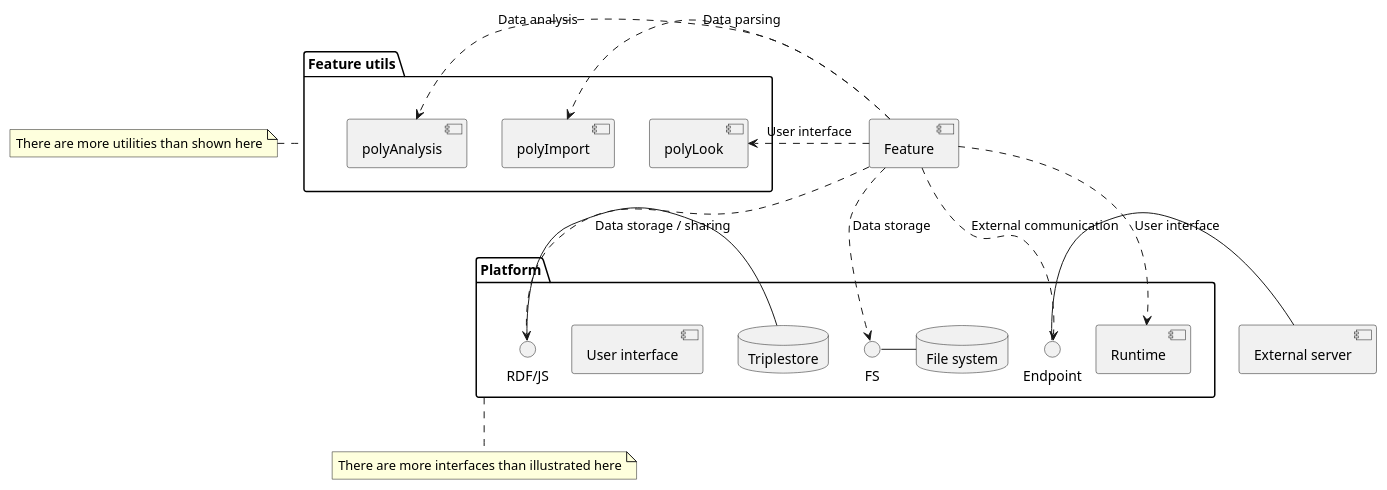
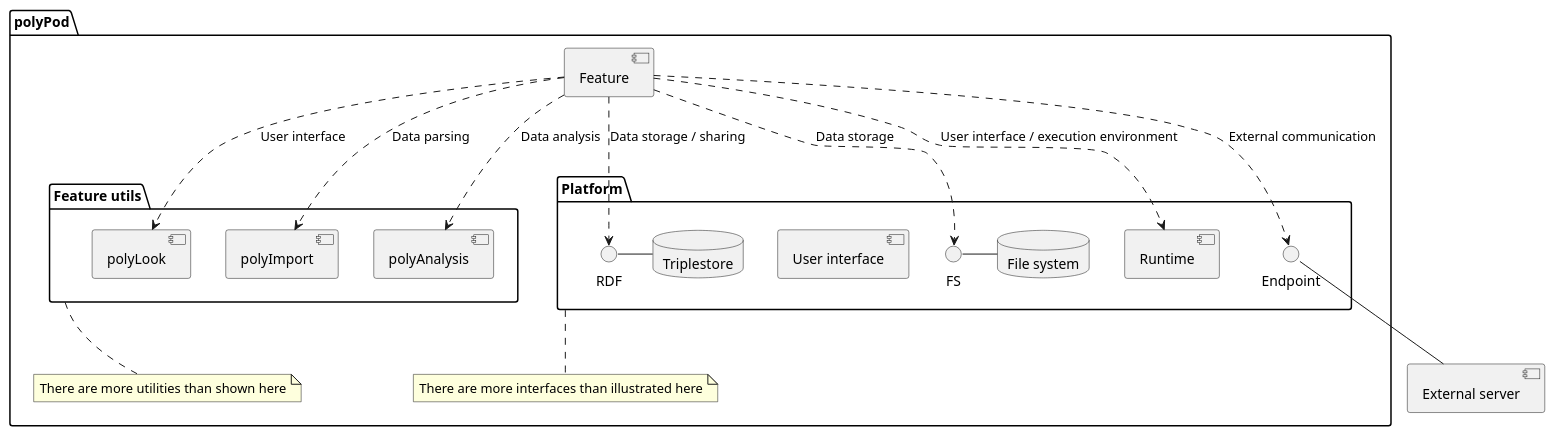
Before and after one commit to polypoly-eu/polyPod: the diagram in docs/diagrams/architecture.puml, drawn with PlantUML. The commit also changed 1 other file, not shown here.

Commit message:
Make the architecture diagram more clear
Kudos to Christian for figuring this out.

```diff
--- a/docs/diagrams/architecture.puml
+++ b/docs/diagrams/architecture.puml
@@ -1,35 +1,41 @@
 @startuml
 
-[Feature]
+[External server] as ExternalServer
 
-package "Feature utils" as FeatureUtils {
-        [polyLook]
-        [polyImport]
-        [polyAnalysis]
+package "polyPod" {
+        [Feature]
+
+        together {
+                package "Feature utils" as FeatureUtils {
+                        [polyLook]
+                        [polyImport]
+                        [polyAnalysis]
+                }
+                note bottom of FeatureUtils : There are more utilities than shown here
+
+                package Platform {
+                        interface RDF
+                        database Triplestore
+                        RDF - Triplestore
+                        interface FS
+                        database "File system" as FileSystem
+                        FS - FileSystem
+                        [User interface]
+                        [Runtime]
+                        interface Endpoint
+                }
+                note bottom of Platform : There are more interfaces than illustrated here
+        }
 }
-note left of FeatureUtils : There are more utilities than shown here
 
 Feature .> polyLook : User interface
 Feature .> polyImport : Data parsing
 Feature .> polyAnalysis : Data analysis
 
-[External server] as ExternalServer
-
-package Platform {
-        database Triplestore
-        database "File system" as FileSystem
-        interface "RDF/JS" as RDFJS
-        RDFJS - Triplestore
-        FS - FileSystem
-        Endpoint - ExternalServer
-        [User interface]
-        [Runtime]
-}
-note bottom of Platform : There are more interfaces than illustrated here
-
-Feature ..> RDFJS : Data storage / sharing
+Feature ..> RDF : Data storage / sharing
 Feature ..> FS : Data storage
+Feature ..> Runtime : User interface / execution environment
 Feature ..> Endpoint : External communication
-Feature ..> Runtime : User interface
+Endpoint -- ExternalServer
 
 @enduml
```
